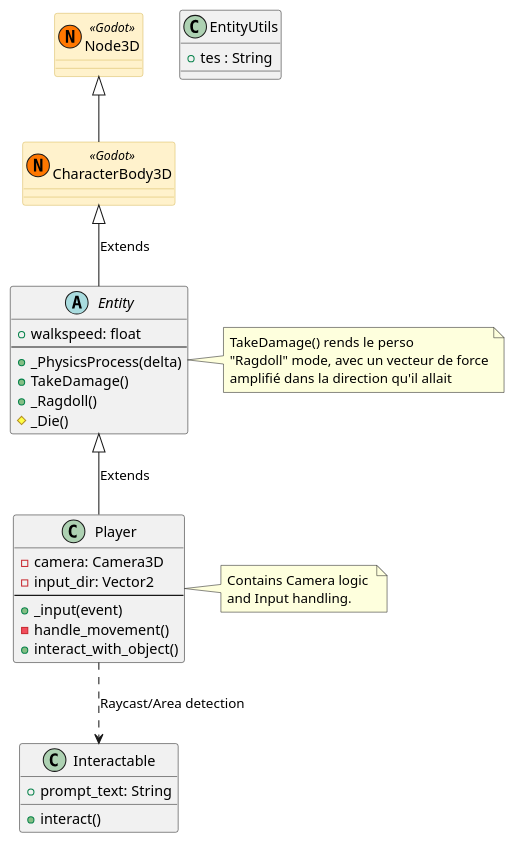
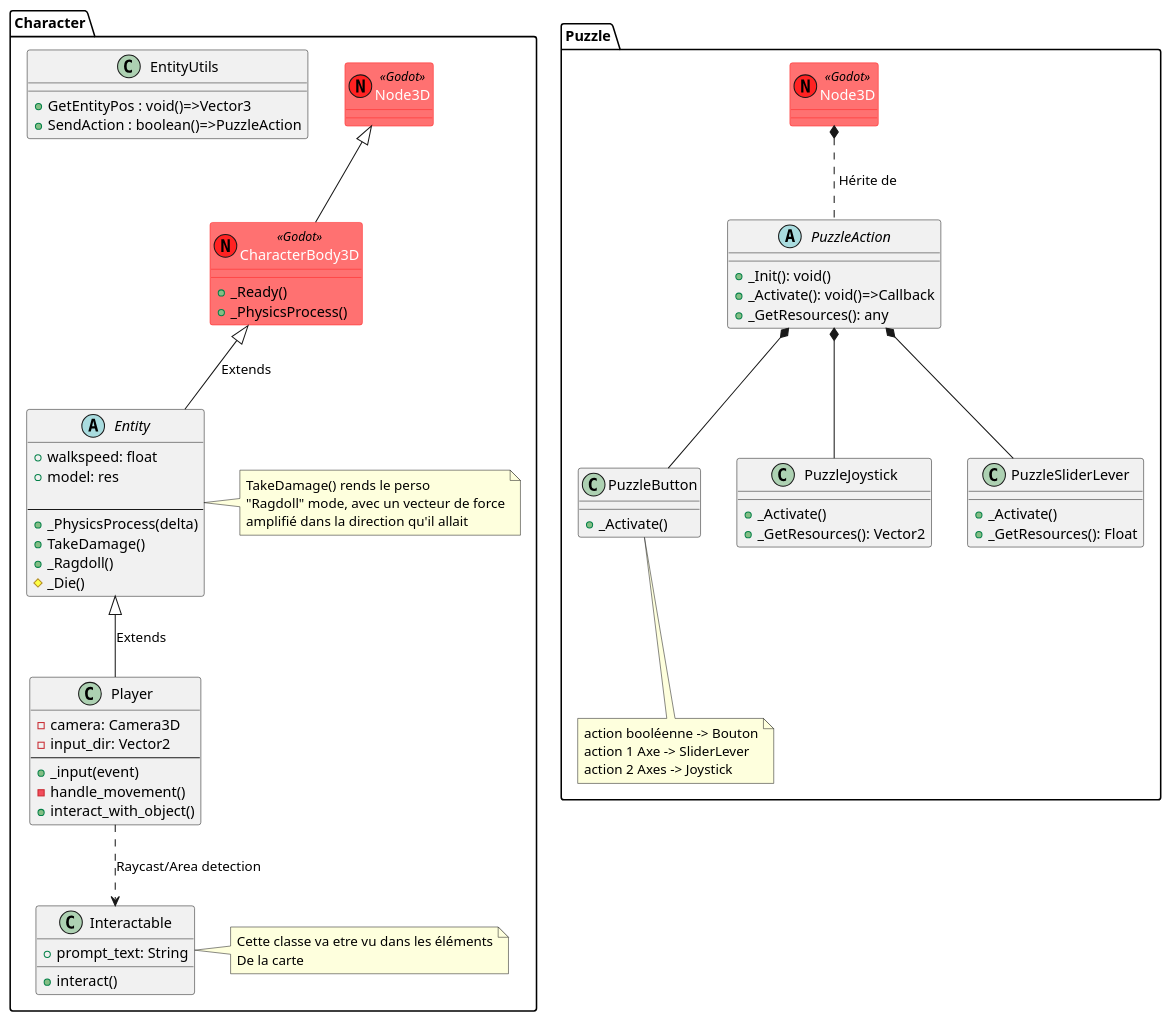
One commit to EaglesView/C61-The-Mountain changed the diagram in docs/diagrammes/class.puml. Above: the diagram before and after it, drawn with PlantUML.

Commit message:
FIX : Edit des diagrammes de classe

```diff
--- a/docs/diagrammes/class.puml
+++ b/docs/diagrammes/class.puml
@@ -1,60 +1,106 @@
 @startuml
-' --- Styling for clarity ---
+' --- Styliser les Classes Godot Hérités---
 skinparam componentStyle uml2
 skinparam class {
-    BackgroundColor<<Godot>> #FFF2CC
-    BorderColor<<Godot>> #D6B656
+    BackgroundColor<<Godot>> #FF7171
+    BorderColor<<Godot>> #FF2222
+    FontColor<<Godot>> #FFFFFF
 }
 
-' --- Godot Engine Nodes ---
-class Node3D << (N,#FF7700) Godot >>
-class CharacterBody3D << (N,#FF7700) Godot >>
 
-' --- Your Custom Scripts ---
-abstract class Entity {
-    + walkspeed: float
-    --
-    + _PhysicsProcess(delta)
-    + TakeDamage()
-    + _Ragdoll()
-    # _Die()
+package Character {
+
+    ' --- Nodes Godot de base ---
+    class Node3D << (N,#FF2222) Godot >>
+    class CharacterBody3D << (N,#FF2222) Godot >> {
+        + _Ready()
+        + _PhysicsProcess()
+    }
+
+    ' --- Classes ---
+    abstract class Entity {
+        + walkspeed: float
+        + model: res
+
+        --
+        + _PhysicsProcess(delta)
+        + TakeDamage()
+        + _Ragdoll()
+        # _Die()
+    }
+
+    class Player {
+        - camera: Camera3D
+        - input_dir: Vector2
+        --
+        + _input(event)
+        - handle_movement()
+        + interact_with_object()
+    }
+
+    ' --- World Objects ---
+    class Interactable {
+        + prompt_text: String
+        + interact()
+    }
+
+    note right of Interactable
+        Cette classe va etre vu dans les éléments
+        De la carte
+    end note
+
+
+    static class EntityUtils {
+        + GetEntityPos : void()=>Vector3
+        + SendAction : boolean()=>PuzzleAction
+
+    }
+
+    ' --- Hierarchy Relationships ---
+    Node3D <|-- CharacterBody3D
+    CharacterBody3D <|-- Entity : "Extends"
+    Entity <|-- Player : "Extends"
+
+    Player ..> Interactable : "Raycast/Area detection"
+
+    note right of Entity
+        TakeDamage() rends le perso
+        "Ragdoll" mode, avec un vecteur de force
+        amplifié dans la direction qu'il allait
+    end note
 }
 
-class Player {
-    - camera: Camera3D
-    - input_dir: Vector2
-    --
-    + _input(event)
-    - handle_movement()
-    + interact_with_object()
+package Puzzle {
+    class Node3D << (N,#FF2222) Godot >>
+    abstract class PuzzleAction {
+        + _Init(): void()
+        + _Activate(): void()=>Callback
+        + _GetResources(): any
+
+    }
+    class PuzzleButton {
+        + _Activate()
+    }
+    class PuzzleJoystick {
+        + _Activate()
+        + _GetResources(): Vector2
+    }
+    class PuzzleSliderLever {
+        + _Activate()
+        + _GetResources(): Float
+    }
+    Node3D *.. PuzzleAction : " Hérite de"
+    PuzzleAction *-- PuzzleButton
+    PuzzleAction *-- PuzzleJoystick
+    PuzzleAction *-- PuzzleSliderLever
+    note bottom of PuzzleButton
+        action booléenne -> Bouton
+        action 1 Axe -> SliderLever
+        action 2 Axes -> Joystick
+    end note
+
 }
 
-' --- World Objects ---
-class Interactable {
-    + prompt_text: String
-    + interact()
-}
 
-static class EntityUtils {
- + tes : String
-}
-
-' --- Hierarchy Relationships ---
-Node3D <|-- CharacterBody3D
-CharacterBody3D <|-- Entity : "Extends"
-Entity <|-- Player : "Extends"
-
-Player ..> Interactable : "Raycast/Area detection"
-
-note right of Entity
-  TakeDamage() rends le perso
-  "Ragdoll" mode, avec un vecteur de force
-  amplifié dans la direction qu'il allait
-end note
-
-note right of Player
-  Contains Camera logic 
-  and Input handling.
-end note
 
 @enduml
```
